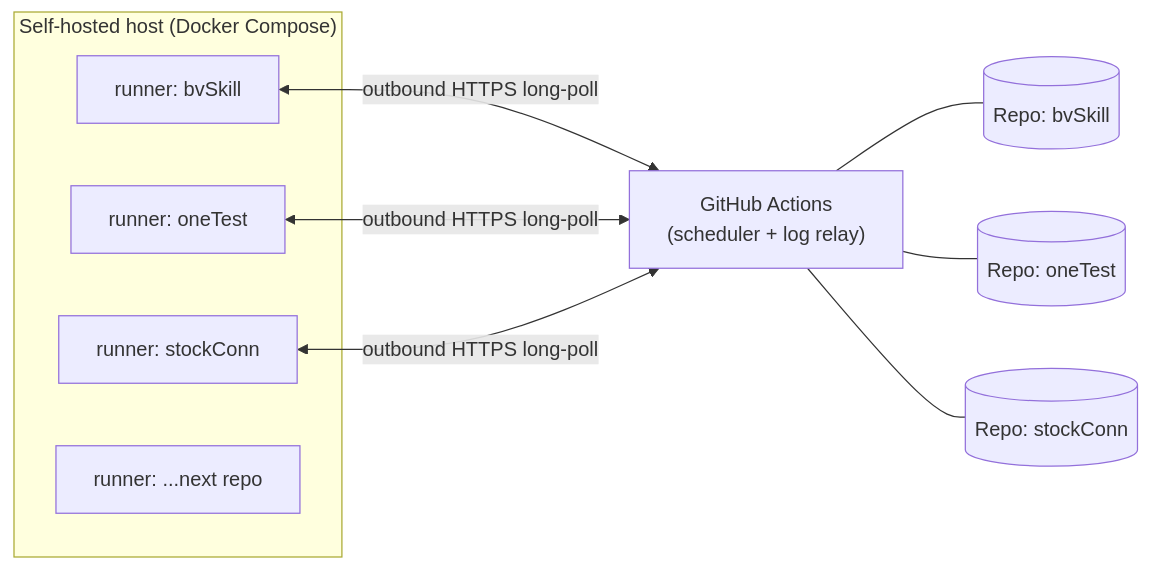
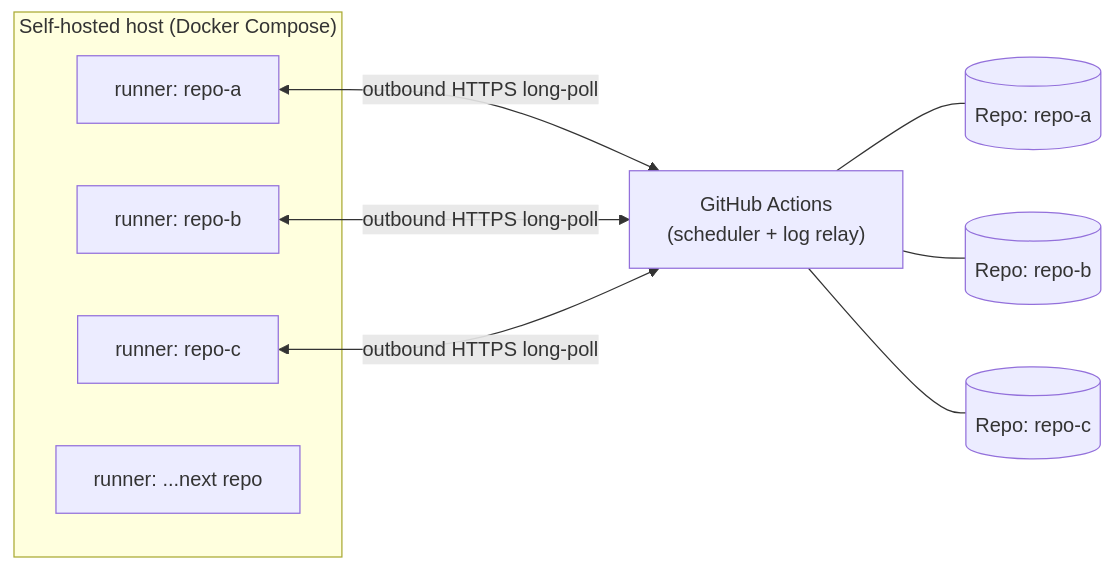
The first of 2 diagrams in development/01_ARCHITECTURE.md (ephoton0210/github_self-hosted_runner), drawn with Mermaid before and after one commit. The commit also changed other lines of this file and 3 other files, not shown here.

````diff
--- a/development/01_ARCHITECTURE.md
+++ b/development/01_ARCHITECTURE.md
@@ -44,20 +45,20 @@
 ```mermaid
 flowchart LR
     subgraph Host["Self-hosted host (Docker Compose)"]
-        R1["runner: bvSkill"]
-        R2["runner: oneTest"]
-        R3["runner: stockConn"]
+        R1["runner: repo-a"]
+        R2["runner: repo-b"]
+        R3["runner: repo-c"]
         RN["runner: ...next repo"]
     end
     GH["GitHub Actions\n(scheduler + log relay)"]
-    P1[("Repo: bvSkill")]
-    P2[("Repo: oneTest")]
-    P3[("Repo: stockConn")]
+    P1[("Repo: repo-a")]
+    P2[("Repo: repo-b")]
+    P3[("Repo: repo-c")]
 
     R1 <-- outbound HTTPS long-poll --> GH
     R2 <-- outbound HTTPS long-poll --> GH
     R3 <-- outbound HTTPS long-poll --> GH
     GH --- P1
     GH --- P2
     GH --- P3
 ```
````
